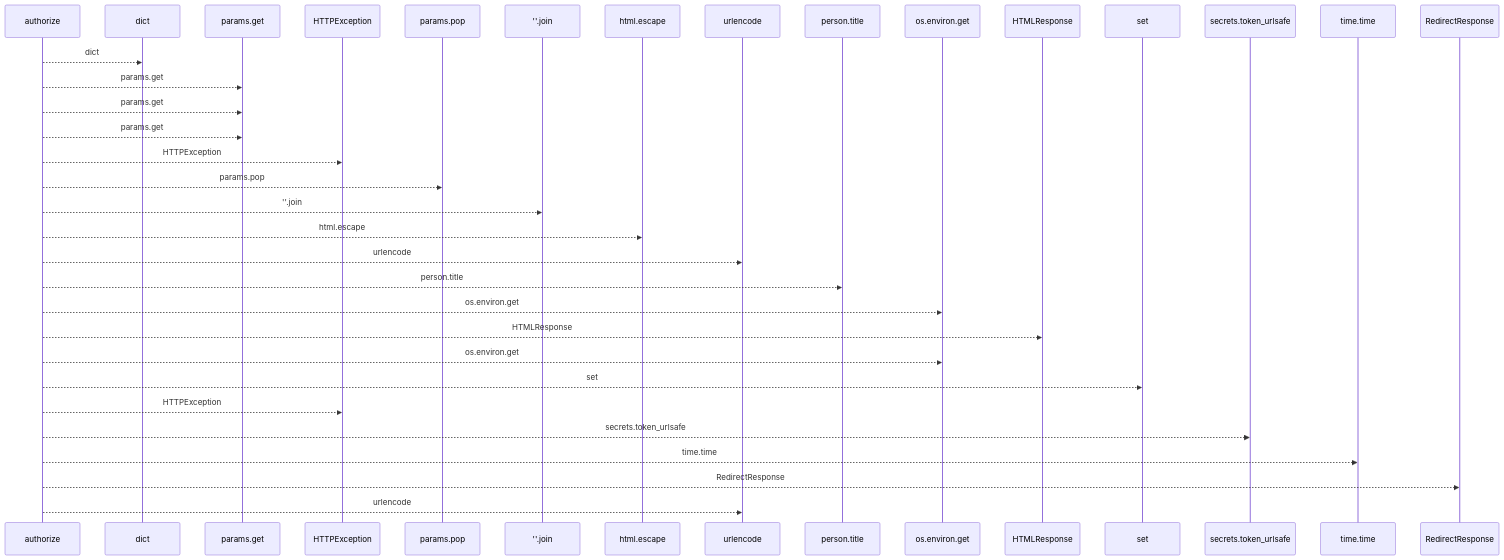
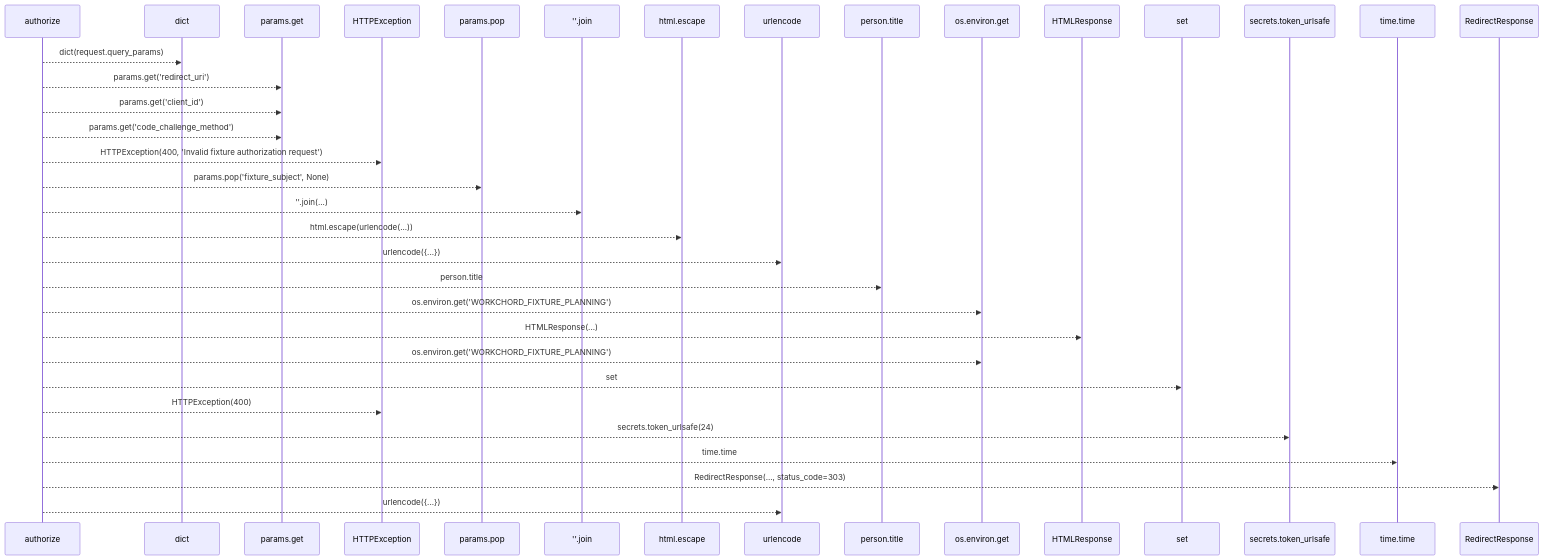
One commit to Denissvgn/WorkChord changed the first of 2 diagrams in docs/llm_wiki/flows/http-authorize.md. Above: the diagram before and after it, drawn with Mermaid. The commit also changed other lines of this file and 25171 other files, not shown here.

````diff
--- a/docs/llm_wiki/flows/http-authorize.md
+++ b/docs/llm_wiki/flows/http-authorize.md
@@ -10,37 +12,37 @@
 ```mermaid
 sequenceDiagram
     participant p0 as authorize
     participant p1 as dict
     participant p2 as params.get
     participant p3 as HTTPException
     participant p4 as params.pop
     participant p5 as ''.join
     participant p6 as html.escape
     participant p7 as urlencode
     participant p8 as person.title
     participant p9 as os.environ.get
     participant p10 as HTMLResponse
     participant p11 as set
     participant p12 as secrets.token_urlsafe
     participant p13 as time.time
     participant p14 as RedirectResponse
-    p0-->>p1: dict
-    p0-->>p2: params.get
-    p0-->>p2: params.get
-    p0-->>p2: params.get
-    p0-->>p3: HTTPException
-    p0-->>p4: params.pop
-    p0-->>p5: ''.join
-    p0-->>p6: html.escape
-    p0-->>p7: urlencode
+    p0-->>p1: dict(request.query_params)
+    p0-->>p2: params.get('redirect_uri')
+    p0-->>p2: params.get('client_id')
+    p0-->>p2: params.get('code_challenge_method')
+    p0-->>p3: HTTPException(400, 'Invalid fixture authorization request')
+    p0-->>p4: params.pop('fixture_subject', None)
+    p0-->>p5: ''.join(...)
+    p0-->>p6: html.escape(urlencode(...))
+    p0-->>p7: urlencode({...})
     p0-->>p8: person.title
-    p0-->>p9: os.environ.get
-    p0-->>p10: HTMLResponse
-    p0-->>p9: os.environ.get
+    p0-->>p9: os.environ.get('WORKCHORD_FIXTURE_PLANNING')
+    p0-->>p10: HTMLResponse(...)
+    p0-->>p9: os.environ.get('WORKCHORD_FIXTURE_PLANNING')
     p0-->>p11: set
-    p0-->>p3: HTTPException
-    p0-->>p12: secrets.token_urlsafe
+    p0-->>p3: HTTPException(400)
+    p0-->>p12: secrets.token_urlsafe(24)
     p0-->>p13: time.time
-    p0-->>p14: RedirectResponse
-    p0-->>p7: urlencode
+    p0-->>p14: RedirectResponse(..., status_code=303)
+    p0-->>p7: urlencode({...})
 ```
````
